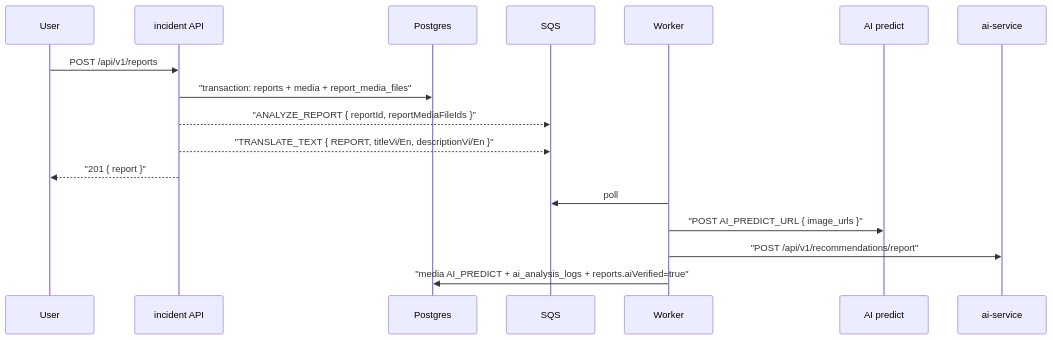
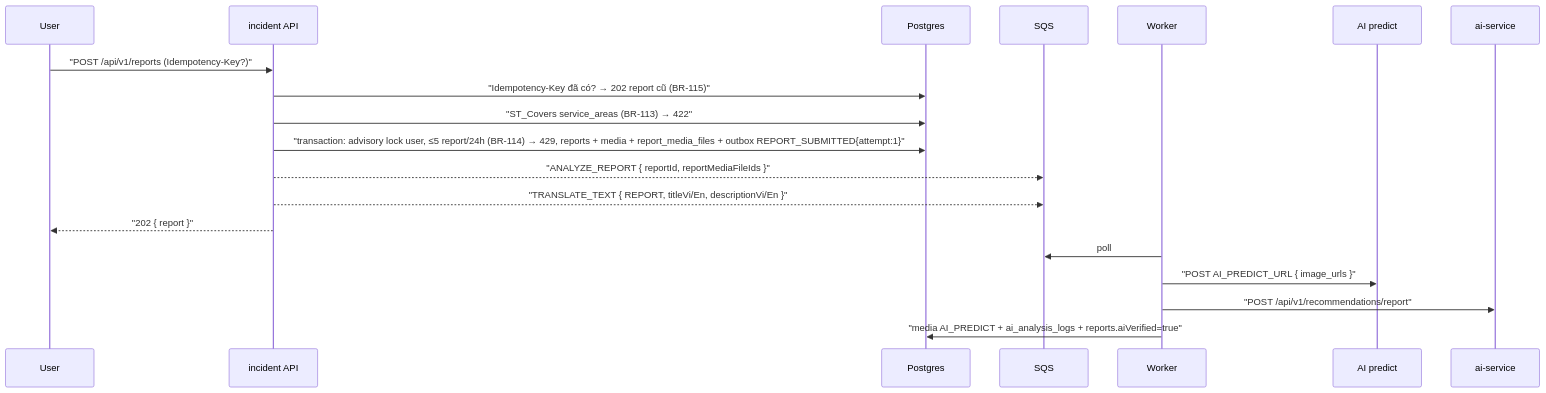
The second of 4 diagrams in services/incident-service.md (DOAN2-UQT-KN/ecolink-docs), drawn with Mermaid before and after one commit. The commit also changed other lines of this file and 2 other files, not shown here.

Commit message:
docs: report submit gate — service area, 5/24h limit, Idempotency-Key, 202 (specs/006 P02)

````diff
--- a/services/incident-service.md
+++ b/services/incident-service.md
@@ -330,19 +330,21 @@
 ```mermaid
 sequenceDiagram
     participant U as User
     participant I as incident API
     participant DB as Postgres
     participant Q as SQS
     participant W as Worker
     participant P as AI predict
     participant A as ai-service
-    U->>I: POST /api/v1/reports
-    I->>DB: "transaction: reports + media + report_media_files"
+    U->>I: "POST /api/v1/reports (Idempotency-Key?)"
+    I->>DB: "Idempotency-Key đã có? → 202 report cũ (BR-115)"
+    I->>DB: "ST_Covers service_areas (BR-113) → 422"
+    I->>DB: "transaction: advisory lock user, ≤5 report/24h (BR-114) → 429, reports + media + report_media_files + outbox REPORT_SUBMITTED{attempt:1}"
     I-->>Q: "ANALYZE_REPORT { reportId, reportMediaFileIds }"
     I-->>Q: "TRANSLATE_TEXT { REPORT, titleVi/En, descriptionVi/En }"
-    I-->>U: "201 { report }"
+    I-->>U: "202 { report }"
     W->>Q: poll
     W->>P: "POST AI_PREDICT_URL { image_urls }"
     W->>A: "POST /api/v1/recommendations/report"
     W->>DB: "media AI_PREDICT + ai_analysis_logs + reports.aiVerified=true"
 ```
````
